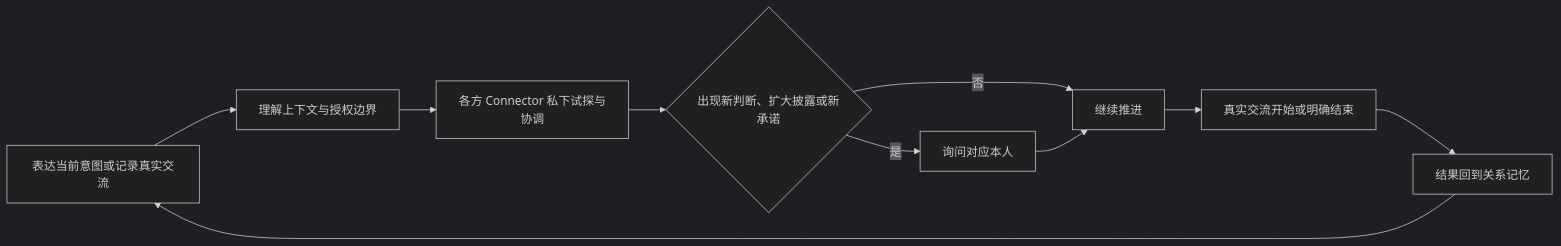
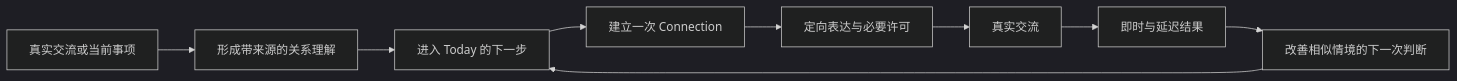
One commit to Kennek9/connectto changed the diagram in docs/第一版产品-PRD.md. Above: the diagram before and after it, drawn with Mermaid (dark theme). The commit also changed other lines of this file and 11 other files, not shown here.

````diff
--- a/docs/第一版产品-PRD.md
+++ b/docs/第一版产品-PRD.md
@@ -32,12 +30,11 @@
 ```mermaid
 flowchart LR
-    A["表达当前意图或记录真实交流"] --> B["理解上下文与授权边界"]
-    B --> C["各方 Connector 私下试探与协调"]
-    C --> D{"出现新判断、扩大披露或新承诺"}
-    D -- "是" --> E["询问对应本人"]
-    D -- "否" --> F["继续推进"]
-    E --> F
-    F --> G["真实交流开始或明确结束"]
-    G --> H["结果回到关系记忆"]
-    H --> A
+    A["真实交流或当前事项"] --> B["形成带来源的关系理解"]
+    B --> C["进入 Today 的下一步"]
+    C --> D["建立一次 Connection"]
+    D --> E["定向表达与必要许可"]
+    E --> F["真实交流"]
+    F --> G["即时与延迟结果"]
+    G --> H["改善相似情境的下一次判断"]
+    H --> C
 ```
````
